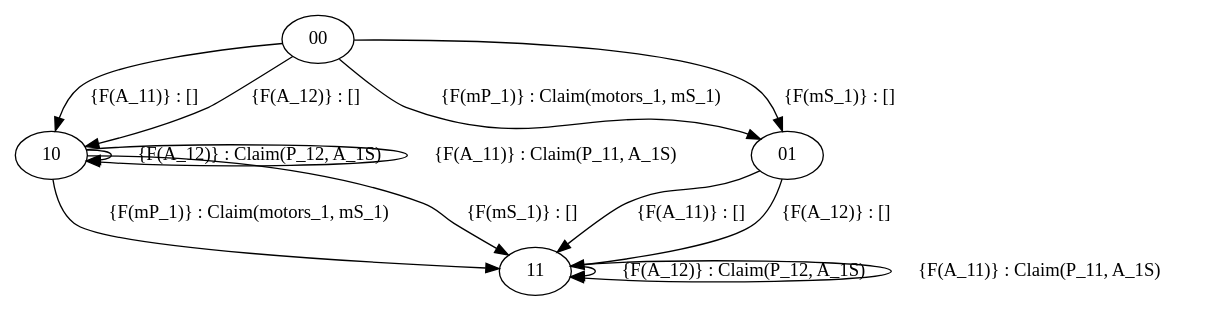
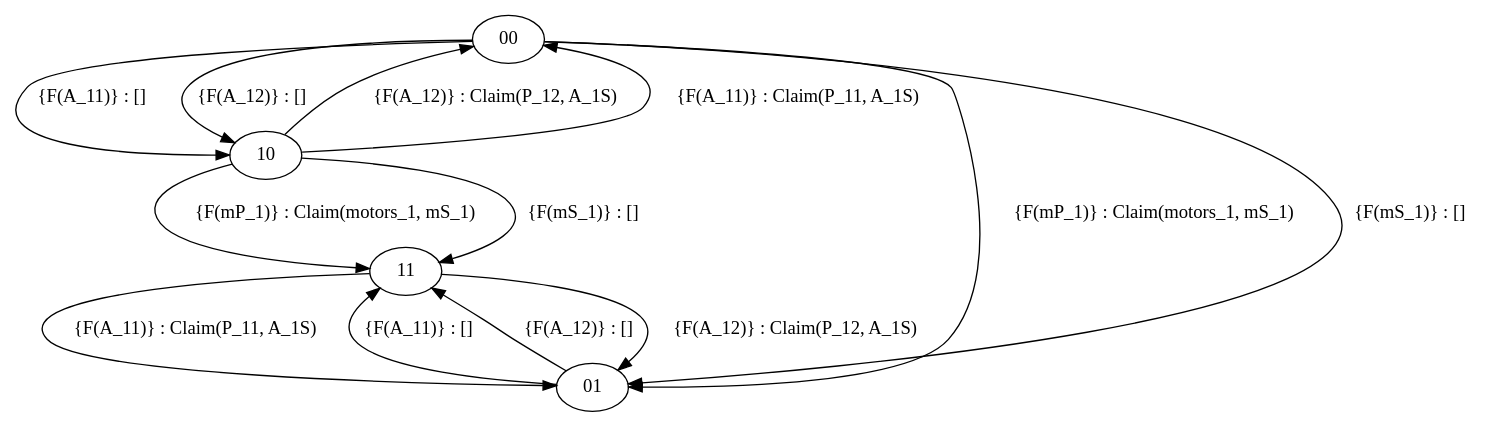
Before and after one commit to virtualsatellite/VirtualSatellite4-FDIR: the diagram in de.dlr.sc.virsat.model.extension.fdir.experiments/resources/results/rise2019/rc/rc201.dot, drawn with Graphviz. The commit also changed 22 other files, not shown here.

```diff
--- a/de.dlr.sc.virsat.model.extension.fdir.experiments/resources/results/rise2019/rc/rc201.dot
+++ b/de.dlr.sc.virsat.model.extension.fdir.experiments/resources/results/rise2019/rc/rc201.dot
@@ -1,18 +1,18 @@
 digraph ra {
 00 [label=00]
 10 [label=10]
 01 [label=01]
 11 [label=11]
 00 -> 10 [label="{F(A_11)} : []"]
 00 -> 10 [label="{F(A_12)} : []"]
 00 -> 01 [label="{F(mP_1)} : Claim(motors_1, mS_1) "]
 00 -> 01 [label="{F(mS_1)} : []"]
 01 -> 11 [label="{F(A_11)} : []"]
 01 -> 11 [label="{F(A_12)} : []"]
-11 -> 11 [label="{F(A_12)} : Claim(P_12, A_1S) "]
-11 -> 11 [label="{F(A_11)} : Claim(P_11, A_1S) "]
-10 -> 10 [label="{F(A_12)} : Claim(P_12, A_1S) "]
-10 -> 10 [label="{F(A_11)} : Claim(P_11, A_1S) "]
+11 -> 01 [label="{F(A_12)} : Claim(P_12, A_1S) "]
+11 -> 01 [label="{F(A_11)} : Claim(P_11, A_1S) "]
+10 -> 00 [label="{F(A_12)} : Claim(P_12, A_1S) "]
+10 -> 00 [label="{F(A_11)} : Claim(P_11, A_1S) "]
 10 -> 11 [label="{F(mP_1)} : Claim(motors_1, mS_1) "]
 10 -> 11 [label="{F(mS_1)} : []"]
 }
```
